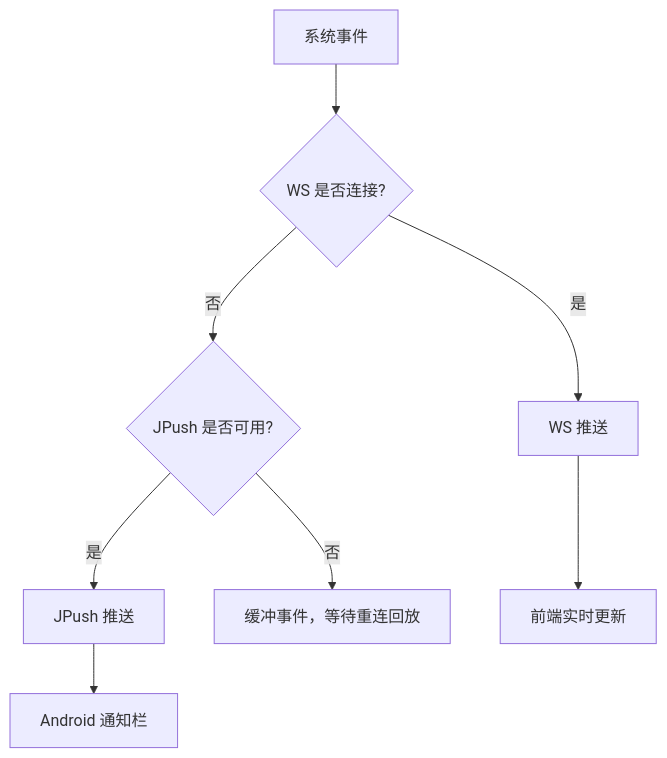
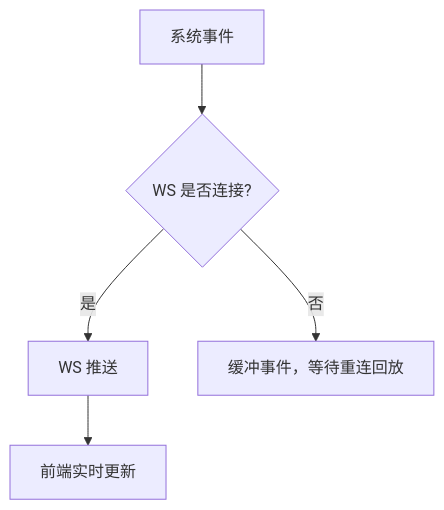
The first of 3 diagrams in docs/spec/features/push-notifications.md (ql-isaac/clawbench), drawn with Mermaid before and after one commit. The commit also changed other lines of this file and 281 other files, not shown here.

````diff
--- a/docs/spec/features/push-notifications.md
+++ b/docs/spec/features/push-notifications.md
@@ -9,11 +9,8 @@
 ```mermaid
 flowchart TD
     A[系统事件] --> B{WS 是否连接?}
     B -->|是| C[WS 推送]
-    B -->|否| D{JPush 是否可用?}
-    D -->|是| E[JPush 推送]
-    D -->|否| F[缓冲事件，等待重连回放]
+    B -->|否| D[缓冲事件，等待重连回放]
 
-    E --> G[Android 通知栏]
     C --> H[前端实时更新]
 ```
````
